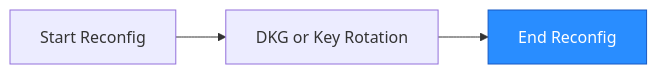
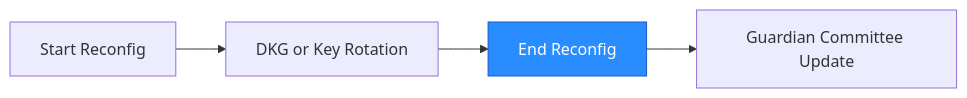
One commit to MystenLabs/hashi changed the fourth of 6 diagrams in design/docs/reconfiguration.mdx. Above: the diagram before and after it, drawn with Mermaid. The commit also changed other lines of this file, not shown here.

````diff
--- a/design/docs/reconfiguration.mdx
+++ b/design/docs/reconfiguration.mdx
@@ -81,5 +81,5 @@
 ```mermaid
 graph LR
-    A[Start Reconfig] --> B[DKG or Key Rotation] --> C[End Reconfig]:::active
+    A[Start Reconfig] --> B[DKG or Key Rotation] --> C[End Reconfig]:::active --> D[Guardian Committee Update]
     classDef active fill:#298DFF,stroke:#1759C4,color:#FFFFFF
 ```
````
